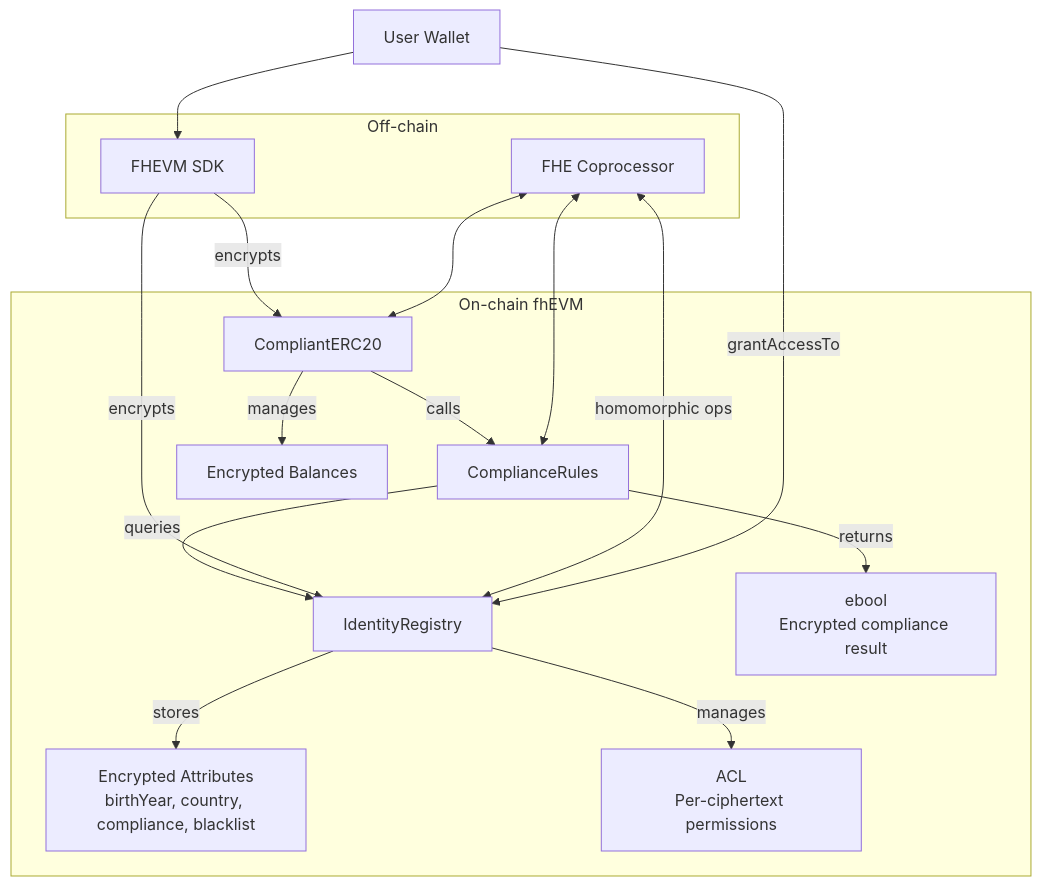
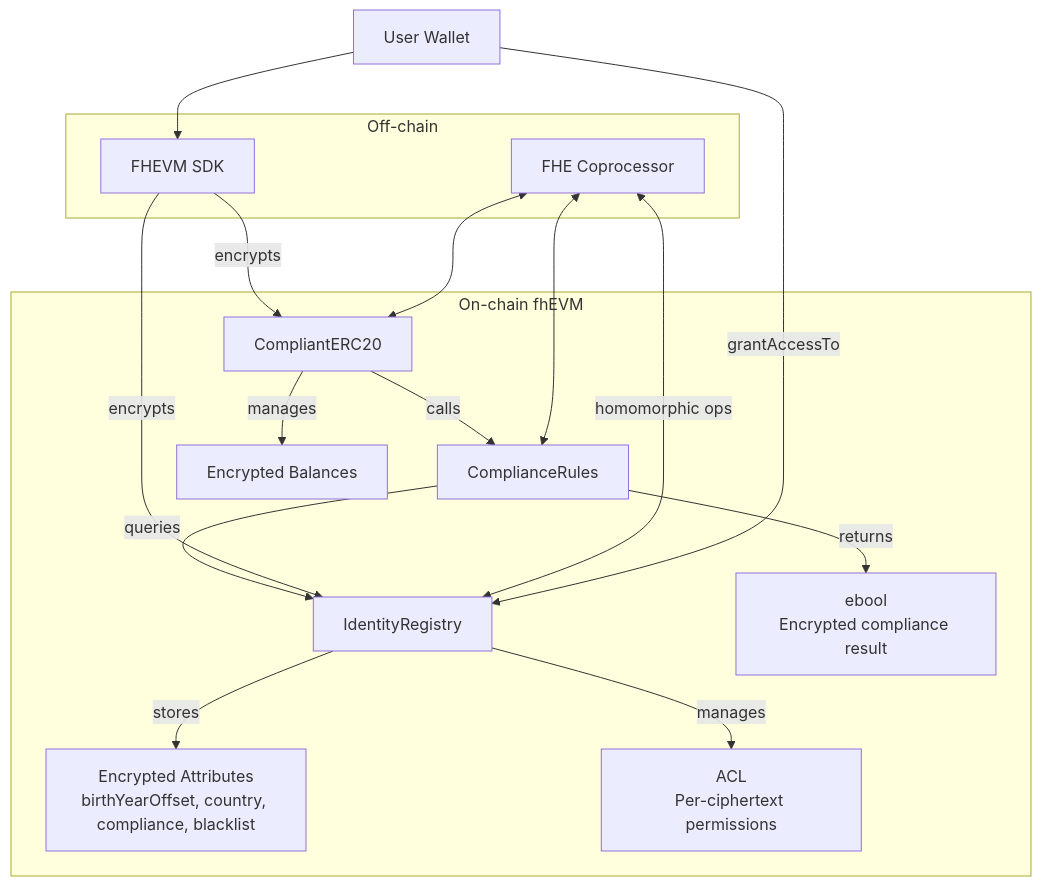
Before and after one commit to gustavovalverde/zentity: the third of 5 diagrams in docs/web2-to-web3-transition.md, drawn with Mermaid. The commit also changed other lines of this file and 116 other files, not shown here.

First line of the commit message:
feat(architecture): refactor zk/fhe attestation pipeline

````diff
--- a/docs/web2-to-web3-transition.md
+++ b/docs/web2-to-web3-transition.md
@@ -165,24 +184,24 @@
 ```mermaid
 flowchart TD
     subgraph "On-chain fhEVM"
-        IR[IdentityRegistry] --> |"stores"| IRState["Encrypted Attributes<br/>birthYear, country, compliance, blacklist"]
+        IR[IdentityRegistry] --> |"stores"| IRState["Encrypted Attributes<br/>birthYearOffset, country, compliance, blacklist"]
         IR --> |"manages"| ACL["ACL<br/>Per-ciphertext permissions"]
 
         CR[ComplianceRules] --> |"queries"| IR
         CR --> |"returns"| CROut["ebool<br/>Encrypted compliance result"]
 
         ERC[CompliantERC20] --> |"calls"| CR
         ERC --> |"manages"| ERCState["Encrypted Balances"]
     end
 
     subgraph "Off-chain"
         SDK[FHEVM SDK] --> |"encrypts"| IR
         SDK --> |"encrypts"| ERC
         FHE[FHE Coprocessor] <--> |"homomorphic ops"| IR
         FHE <--> CR
         FHE <--> ERC
     end
 
     User[User Wallet] --> SDK
     User --> |"grantAccessTo"| IR
 ```
````
